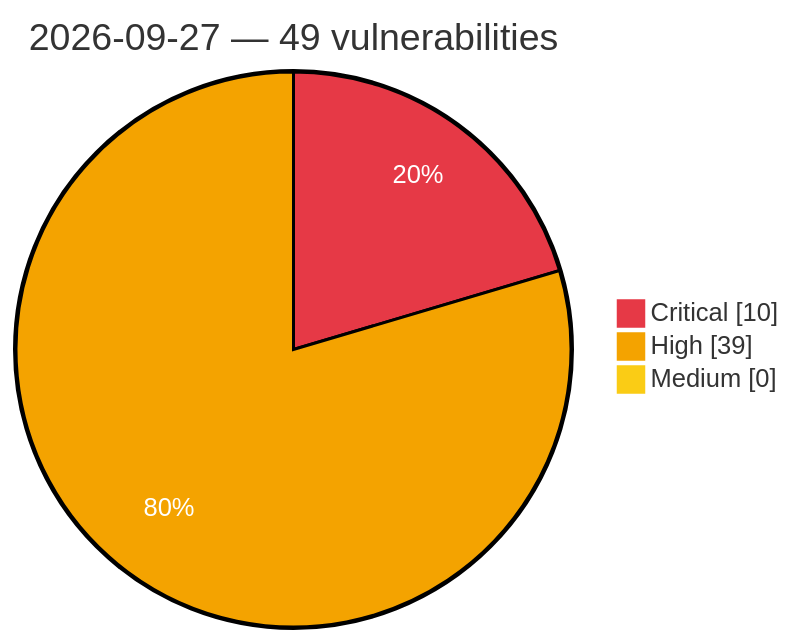
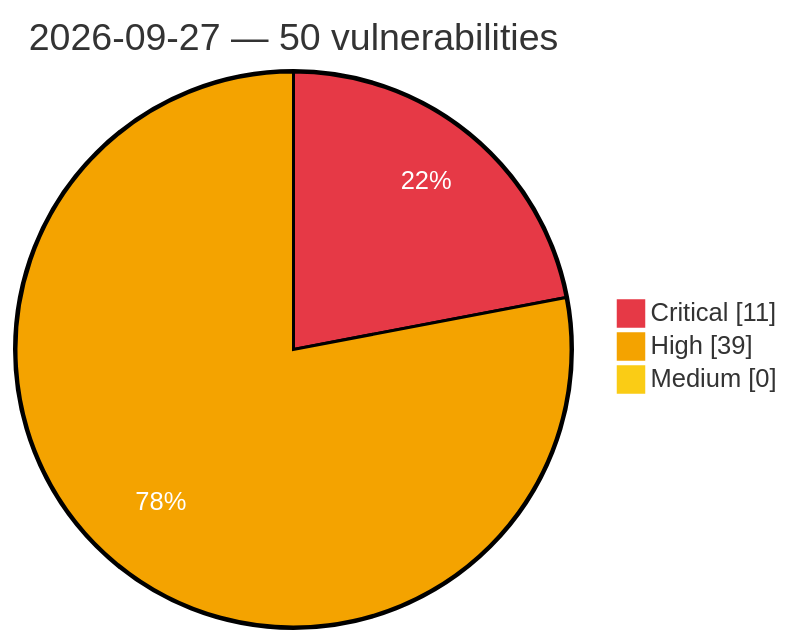
One commit to GhostX0X/vuln-tracker changed the diagram in vulnerabilities/2026/September/2026-09-27.md. Above: the diagram before and after it, drawn with Mermaid. The commit also changed other lines of this file and 8 other files, not shown here.

````diff
--- a/vulnerabilities/2026/September/2026-09-27.md
+++ b/vulnerabilities/2026/September/2026-09-27.md
@@ -3,8 +3,8 @@
 ```mermaid
 %%{init: {'theme':'base', 'themeVariables': {'pie1':'#e63946', 'pie2':'#f4a300', 'pie3':'#facc15', 'pieOpacity':'1', 'pieOuterStrokeWidth':'2px', 'pieSectionTextColor':'#ffffff'}}}%%
 pie showData
-    title 2026-09-27 — 49 vulnerabilities
-    "Critical" : 10
+    title 2026-09-27 — 50 vulnerabilities
+    "Critical" : 11
     "High" : 39
     "Medium" : 0
 ```
````
